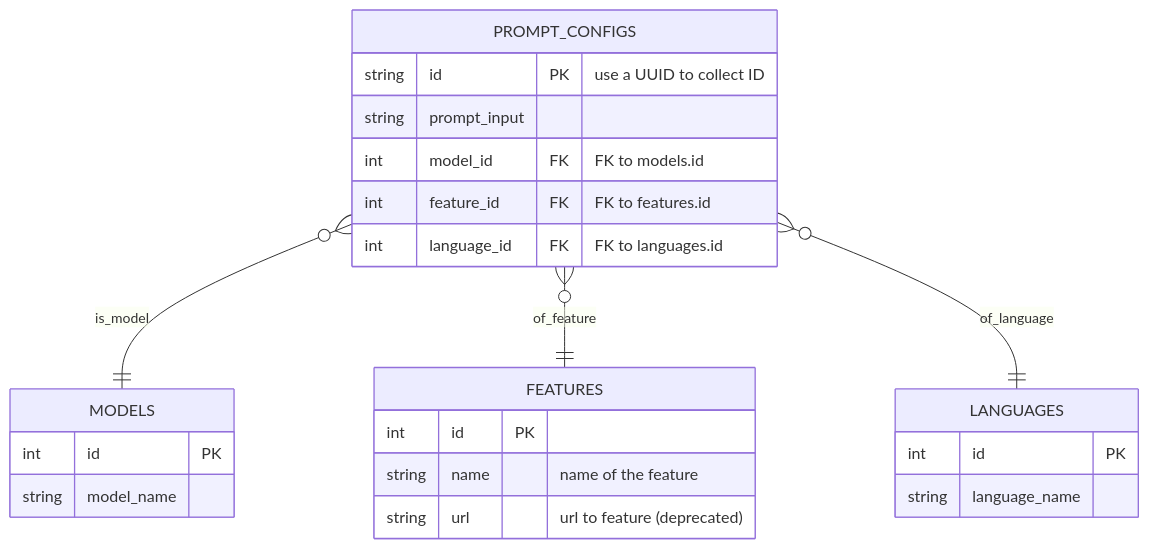
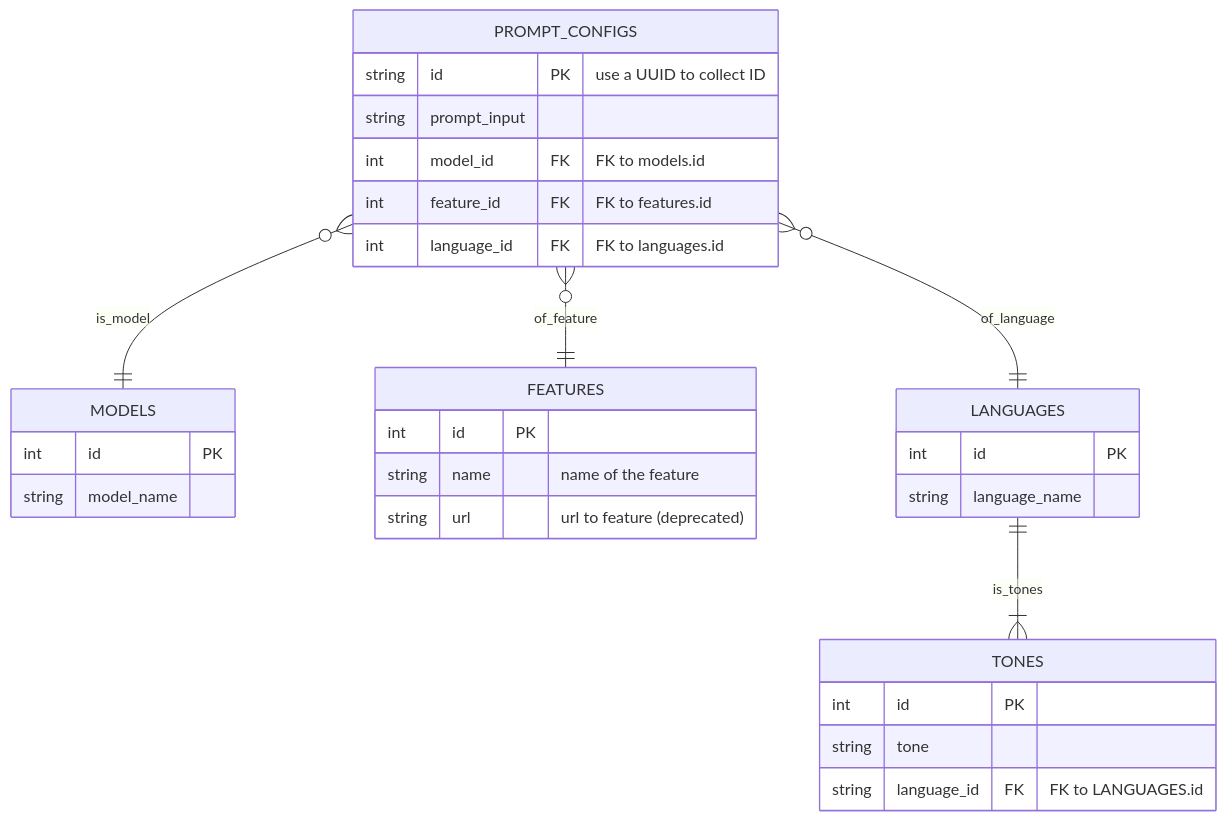
Before and after one commit to promptlabth/docs-of-all: the diagram in erDiagrams/prompt.md, drawn with Mermaid. The commit also changed 2 other files, not shown here.

Commit message:
upload prompt generate

````diff
--- a/erDiagrams/prompt.md
+++ b/erDiagrams/prompt.md
@@ -2,27 +2,34 @@
 ```mermaid
 erDiagram
     PROMPT_CONFIGS }o--|| MODELS: is_model
     PROMPT_CONFIGS{
         string id PK "use a UUID to collect ID"
         string prompt_input 
         int model_id FK "FK to models.id"
         int feature_id FK "FK to features.id"
         int language_id FK "FK to languages.id"
     }
     MODELS{
         int id PK
         string model_name
     }
     PROMPT_CONFIGS }o--|| FEATURES: of_feature
     FEATURES{
         int id PK
         string name "name of the feature" 
         string url "url to feature (deprecated)"
     }
     PROMPT_CONFIGS }o--|| LANGUAGES: of_language
     LANGUAGES{
         int id PK
         string language_name
     }
 
+    LANGUAGES ||--|{ TONES: is_tones
+    TONES{
+        int id PK 
+        string tone 
+        string language_id FK "FK to LANGUAGES.id"
+    }
+    
 ```
````
